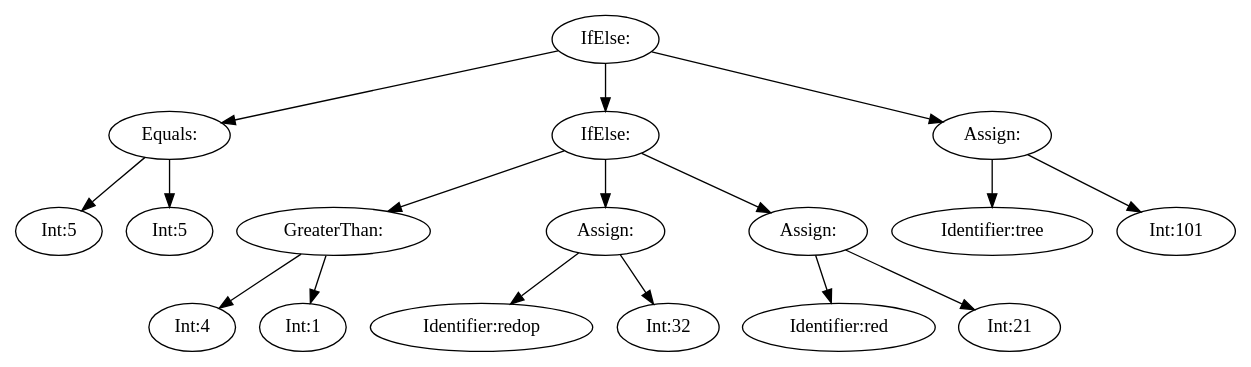
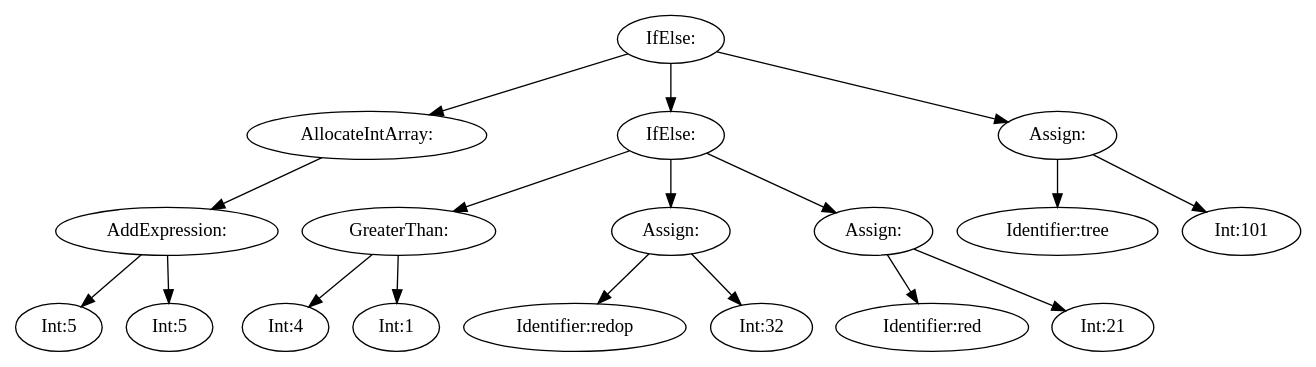
One commit to moondog-matthew/compiler-dv1655 changed the diagram in lab1/getting_started/tree.dot. Above: the diagram before and after it, drawn with Graphviz. The commit also changed 6 other files, not shown here.

```diff
--- a/lab1/getting_started/tree.dot
+++ b/lab1/getting_started/tree.dot
@@ -1,35 +1,37 @@
 digraph {
 n0 [label="IfElse:"];
-n1 [label="Equals:"];
-n2 [label="Int:5"];
+n1 [label="AllocateIntArray:"];
+n2 [label="AddExpression:"];
+n3 [label="Int:5"];
+n2 -> n3
+n4 [label="Int:5"];
+n2 -> n4
 n1 -> n2
-n3 [label="Int:5"];
-n1 -> n3
 n0 -> n1
-n4 [label="IfElse:"];
-n5 [label="GreaterThan:"];
-n6 [label="Int:4"];
+n5 [label="IfElse:"];
+n6 [label="GreaterThan:"];
+n7 [label="Int:4"];
+n6 -> n7
+n8 [label="Int:1"];
+n6 -> n8
 n5 -> n6
-n7 [label="Int:1"];
-n5 -> n7
-n4 -> n5
-n8 [label="Assign:"];
-n9 [label="Identifier:redop"];
-n8 -> n9
-n10 [label="Int:32"];
-n8 -> n10
-n4 -> n8
-n11 [label="Assign:"];
-n12 [label="Identifier:red"];
-n11 -> n12
-n13 [label="Int:21"];
-n11 -> n13
-n4 -> n11
-n0 -> n4
-n14 [label="Assign:"];
-n15 [label="Identifier:tree"];
-n14 -> n15
-n16 [label="Int:101"];
-n14 -> n16
-n0 -> n14
+n9 [label="Assign:"];
+n10 [label="Identifier:redop"];
+n9 -> n10
+n11 [label="Int:32"];
+n9 -> n11
+n5 -> n9
+n12 [label="Assign:"];
+n13 [label="Identifier:red"];
+n12 -> n13
+n14 [label="Int:21"];
+n12 -> n14
+n5 -> n12
+n0 -> n5
+n15 [label="Assign:"];
+n16 [label="Identifier:tree"];
+n15 -> n16
+n17 [label="Int:101"];
+n15 -> n17
+n0 -> n15
 }
```
